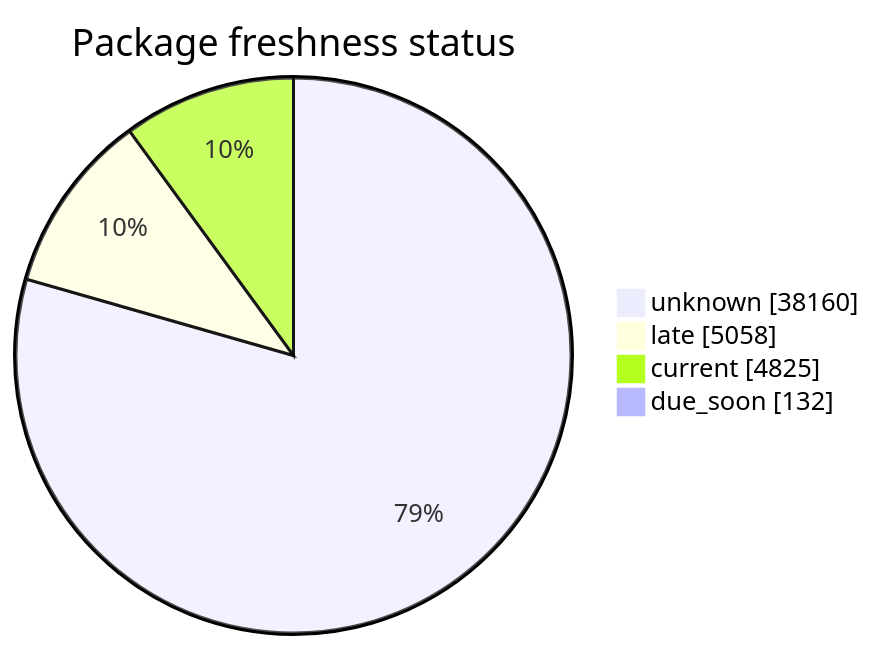
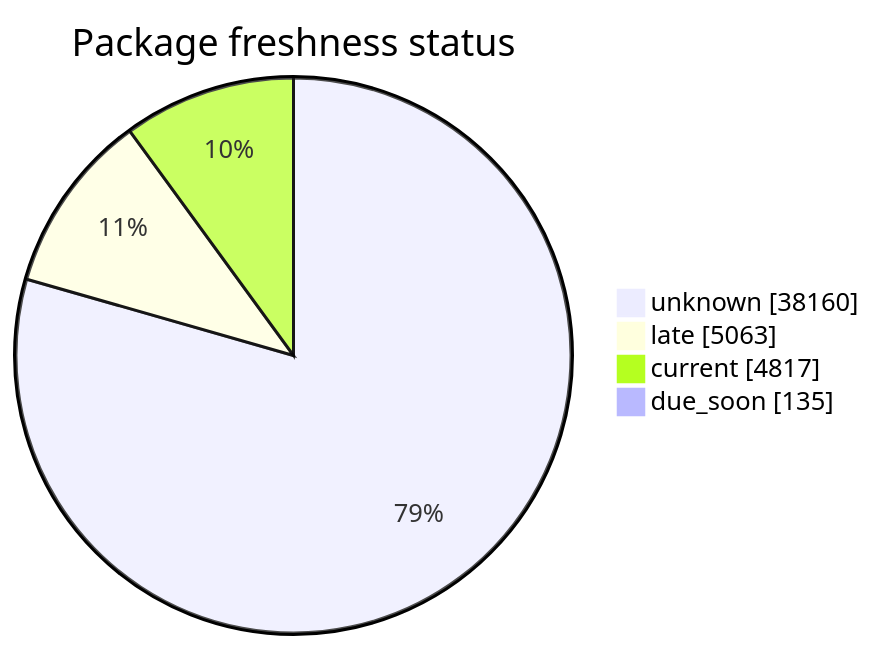
The second of 5 diagrams in FreshCheck/README.md (open-data/analytics-corporate-reporting), drawn with Mermaid before and after one commit. The commit also changed other lines of this file and 3 other files, not shown here.

````diff
--- a/FreshCheck/README.md
+++ b/FreshCheck/README.md
@@ -68,7 +68,7 @@
 ```mermaid
 pie showData title Package freshness status
     "unknown": 38160
-    "late": 5058
-    "current": 4825
-    "due_soon": 132
+    "late": 5063
+    "current": 4817
+    "due_soon": 135
 ```
````
